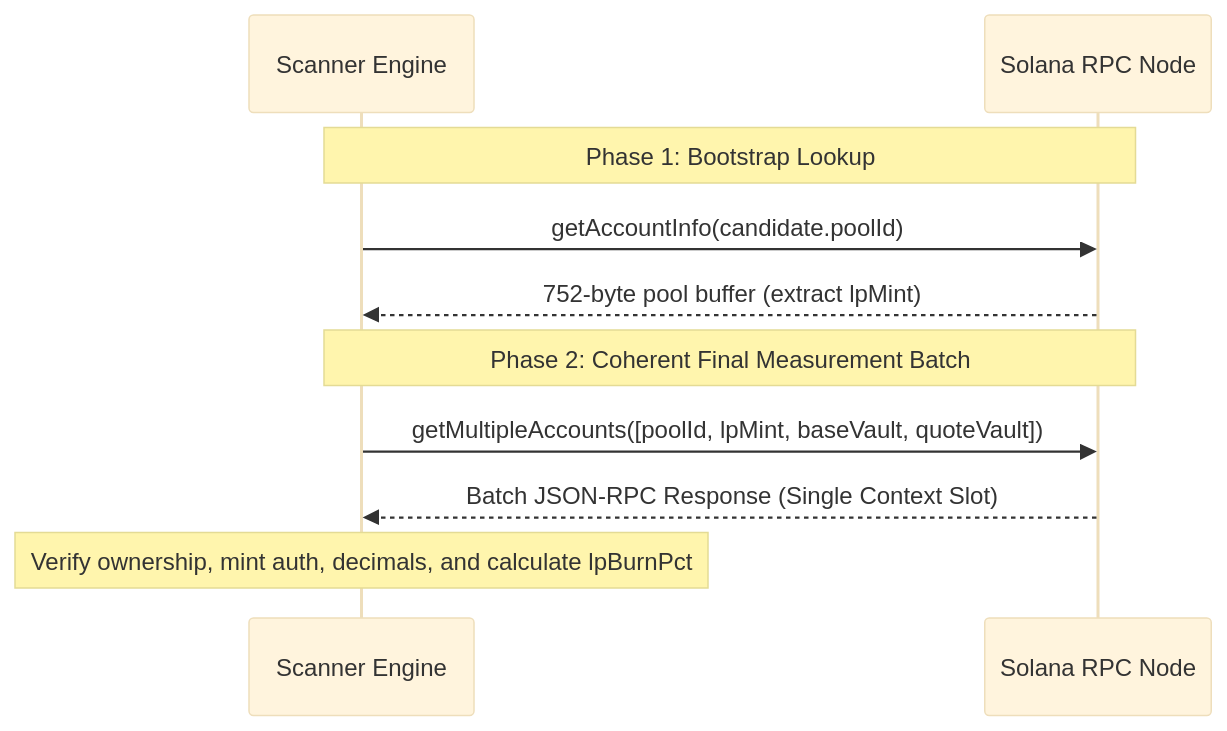
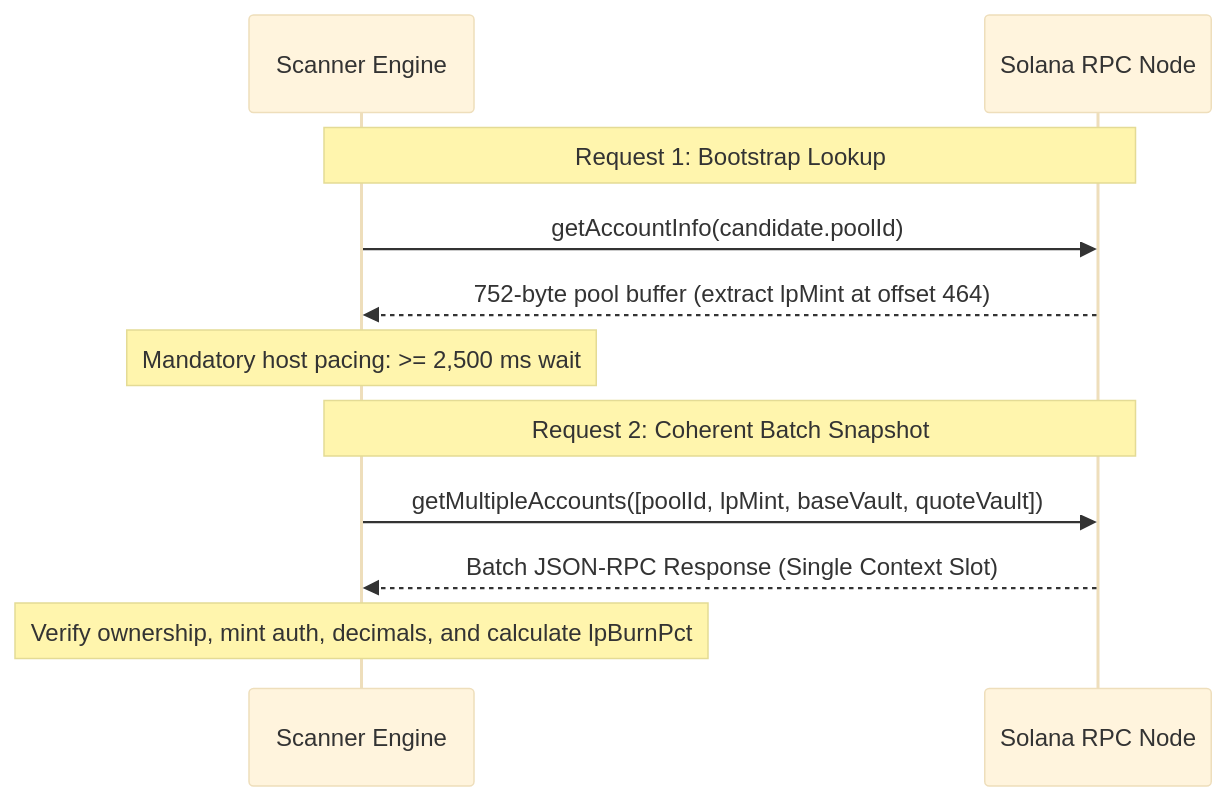
The diagram in docs/research-planning/phase-12.94d-milestone-d3-3-lp-security-acquisition-contract.md (whojosegonzalez/NeXusTrade-TopG), drawn with Mermaid (base theme) before and after one commit. The commit also changed other lines of this file and 6 other files, not shown here.

````diff
--- a/docs/research-planning/phase-12.94d-milestone-d3-3-lp-security-acquisition-contract.md
+++ b/docs/research-planning/phase-12.94d-milestone-d3-3-lp-security-acquisition-contract.md
@@ -162,14 +187,16 @@
 ```mermaid
 sequenceDiagram
     participant Engine as Scanner Engine
     participant RPC as Solana RPC Node
 
-    Note over Engine,RPC: Phase 1: Bootstrap Lookup
+    Note over Engine,RPC: Request 1: Bootstrap Lookup
     Engine->>RPC: getAccountInfo(candidate.poolId)
-    RPC-->>Engine: 752-byte pool buffer (extract lpMint)
+    RPC-->>Engine: 752-byte pool buffer (extract lpMint at offset 464)
 
-    Note over Engine,RPC: Phase 2: Coherent Final Measurement Batch
+    Note over Engine: Mandatory host pacing: >= 2,500 ms wait
+
+    Note over Engine,RPC: Request 2: Coherent Batch Snapshot
     Engine->>RPC: getMultipleAccounts([poolId, lpMint, baseVault, quoteVault])
     RPC-->>Engine: Batch JSON-RPC Response (Single Context Slot)
     Note over Engine: Verify ownership, mint auth, decimals, and calculate lpBurnPct
 ```
````
